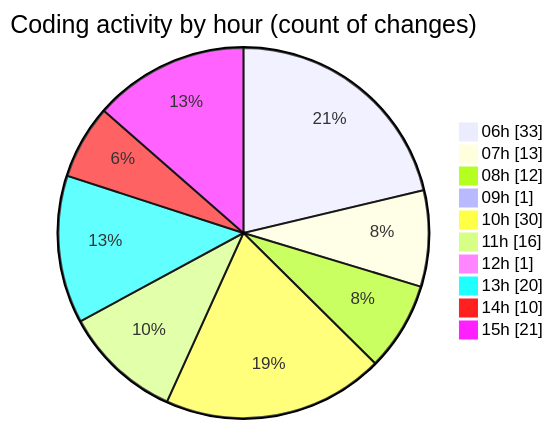
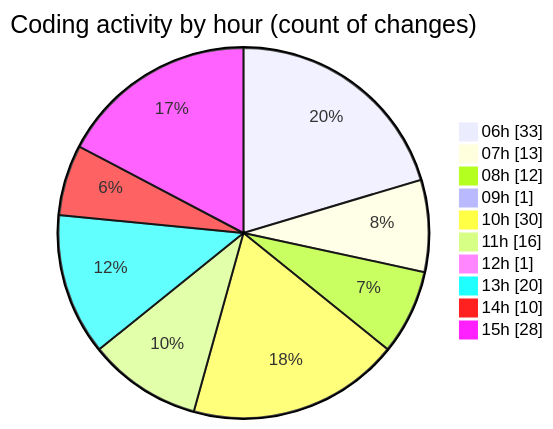
The second of 2 diagrams in 2025-02-21/micros/README.md (charlie-sans/code-tracking), drawn with Mermaid before and after one commit. The commit also changed other lines of this file and 1 other file, not shown here.

````diff
--- a/2025-02-21/micros/README.md
+++ b/2025-02-21/micros/README.md
@@ -92,14 +93,14 @@
 ```mermaid
 pie showData
 title Coding activity by hour (count of changes)
 "06h" : 33
 "07h" : 13
 "08h" : 12
 "09h" : 1
 "10h" : 30
 "11h" : 16
 "12h" : 1
 "13h" : 20
 "14h" : 10
-"15h" : 21
+"15h" : 28
 ```
````
